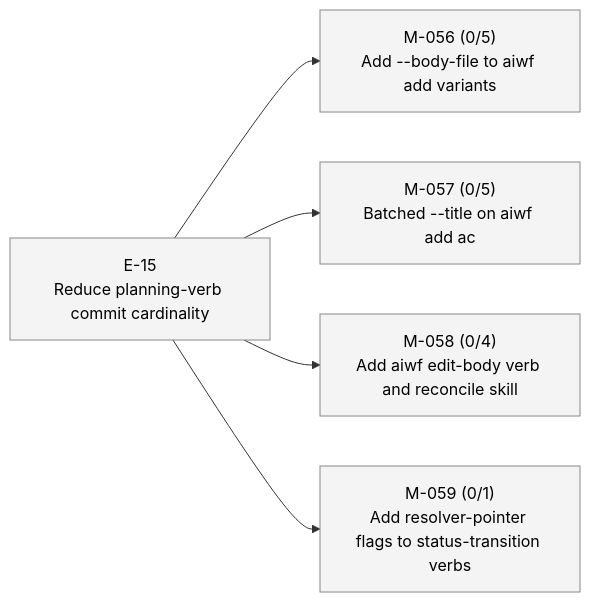
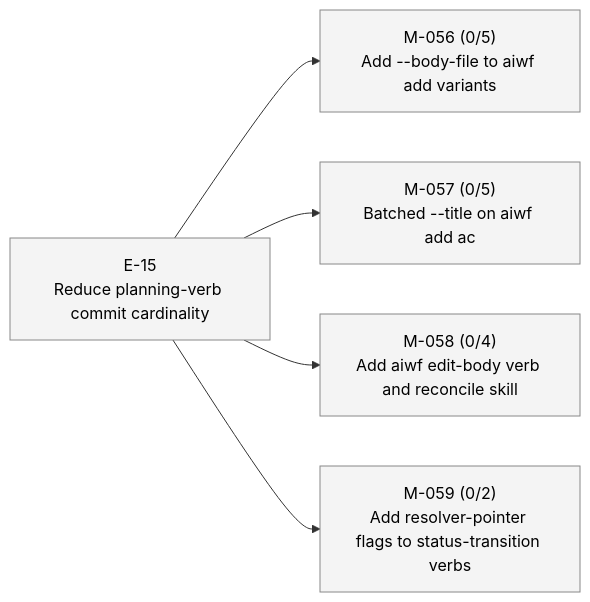
The third of 3 diagrams in STATUS.md (23min/aiwf), drawn with Mermaid before and after one commit. The commit also changed other lines of this file and 1 other file, not shown here.

````diff
--- a/STATUS.md
+++ b/STATUS.md
@@ -70,18 +70,18 @@
 ```mermaid
 flowchart LR
   E_15["E-15<br/>Reduce planning-verb commit cardinality"]:::epic_proposed
   M_056["M-056 (0/5)<br/>Add --body-file to aiwf add variants"]:::ms_draft
   E_15 --> M_056
   M_057["M-057 (0/5)<br/>Batched --title on aiwf add ac"]:::ms_draft
   E_15 --> M_057
   M_058["M-058 (0/4)<br/>Add aiwf edit-body verb and reconcile skill"]:::ms_draft
   E_15 --> M_058
-  M_059["M-059 (0/1)<br/>Add resolver-pointer flags to status-transition verbs"]:::ms_draft
+  M_059["M-059 (0/2)<br/>Add resolver-pointer flags to status-transition verbs"]:::ms_draft
   E_15 --> M_059
   classDef epic_active fill:#d6eaff,stroke:#1a73e8,color:#000
   classDef epic_proposed fill:#f4f4f4,stroke:#888,color:#000
   classDef ms_done fill:#d8f5d8,stroke:#2a8a2a,color:#000
   classDef ms_in_progress fill:#fff3c4,stroke:#caa400,color:#000
   classDef ms_draft fill:#f4f4f4,stroke:#888,color:#000
   classDef ms_cancelled fill:#fbeaea,stroke:#c33,color:#000
 ```
````
